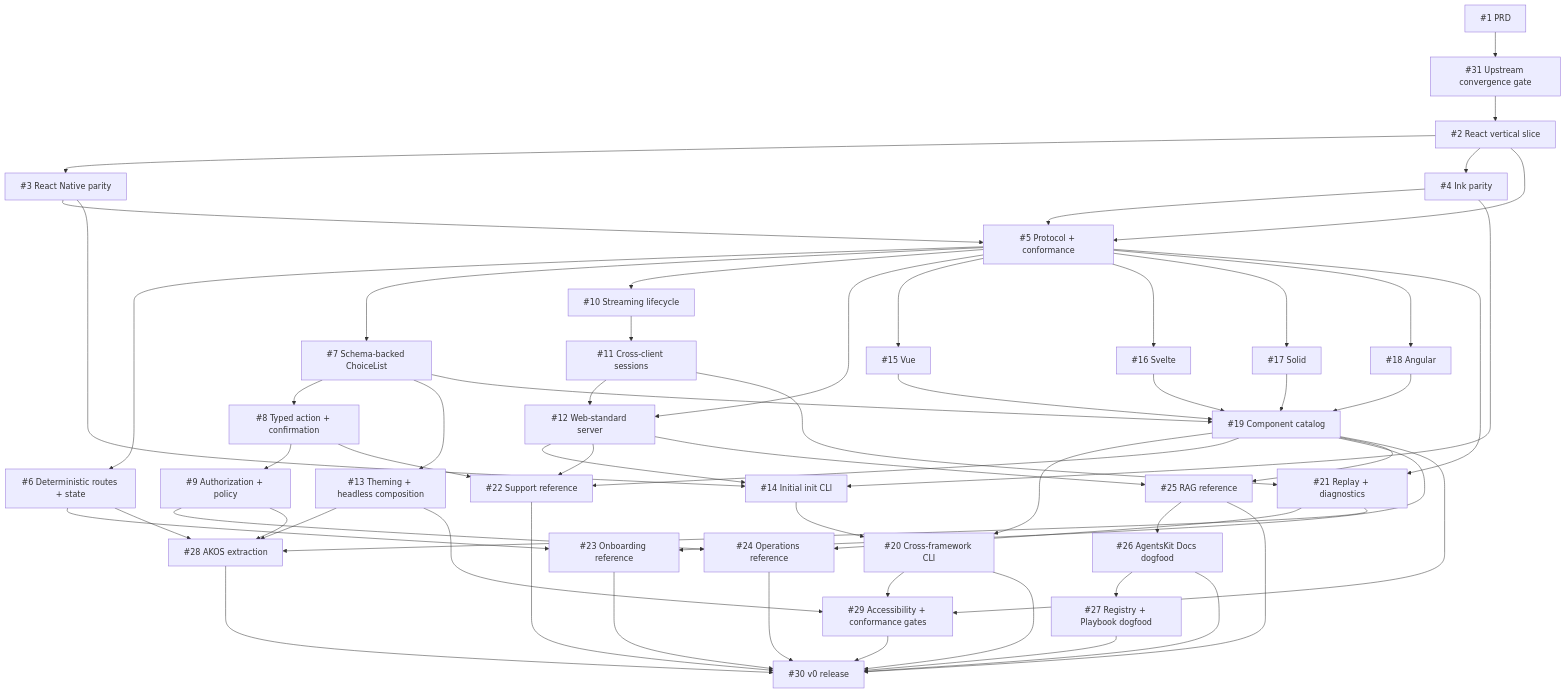
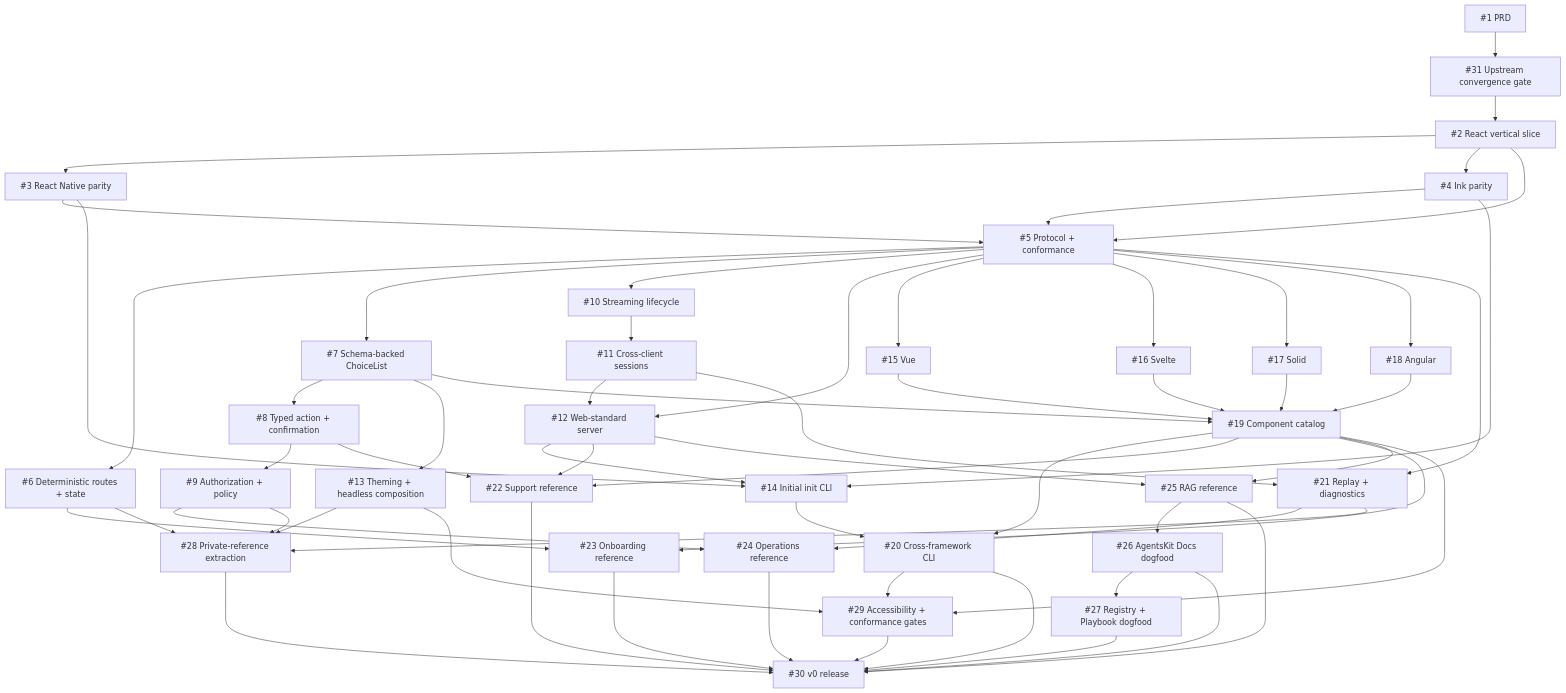
The diagram in docs/product/roadmap.md (AgentsKit-io/agentskit-chat), drawn with Mermaid before and after one commit. The commit also changed other lines of this file and 2 other files, not shown here.

Commit message:
docs: sanitize private-reference metadata (#28)

````diff
--- a/docs/product/roadmap.md
+++ b/docs/product/roadmap.md
@@ -11,69 +11,69 @@
 ```mermaid
 flowchart TD
   I1["#1 PRD"] --> I31["#31 Upstream convergence gate"]
   I31 --> I2["#2 React vertical slice"]
   I2 --> I3["#3 React Native parity"]
   I2 --> I4["#4 Ink parity"]
   I2 --> I5["#5 Protocol + conformance"]
   I3 --> I5
   I4 --> I5
 
   I5 --> I6["#6 Deterministic routes + state"]
   I5 --> I7["#7 Schema-backed ChoiceList"]
   I5 --> I10["#10 Streaming lifecycle"]
   I7 --> I8["#8 Typed action + confirmation"]
   I8 --> I9["#9 Authorization + policy"]
   I10 --> I11["#11 Cross-client sessions"]
   I5 --> I12["#12 Web-standard server"]
   I11 --> I12
   I7 --> I13["#13 Theming + headless composition"]
 
   I5 --> I15["#15 Vue"]
   I5 --> I16["#16 Svelte"]
   I5 --> I17["#17 Solid"]
   I5 --> I18["#18 Angular"]
   I7 --> I19["#19 Component catalog"]
   I15 --> I19
   I16 --> I19
   I17 --> I19
   I18 --> I19
 
   I3 --> I14["#14 Initial init CLI"]
   I4 --> I14
   I12 --> I14
   I14 --> I20["#20 Cross-framework CLI"]
   I19 --> I20
 
   I5 --> I21["#21 Replay + diagnostics"]
   I11 --> I21
   I8 --> I22["#22 Support reference"]
   I12 --> I22
   I19 --> I22
   I6 --> I23["#23 Onboarding reference"]
   I19 --> I23
   I9 --> I24["#24 Operations reference"]
   I21 --> I24
   I12 --> I25["#25 RAG reference"]
   I19 --> I25
 
   I25 --> I26["#26 AgentsKit Docs dogfood"]
   I26 --> I27["#27 Registry + Playbook dogfood"]
-  I6 --> I28["#28 AKOS extraction"]
+  I6 --> I28["#28 Private-reference extraction"]
   I9 --> I28
   I13 --> I28
   I21 --> I28
 
   I13 --> I29["#29 Accessibility + conformance gates"]
   I19 --> I29
   I20 --> I29
 
   I20 --> I30["#30 v0 release"]
   I22 --> I30
   I23 --> I30
   I24 --> I30
   I25 --> I30
   I26 --> I30
   I27 --> I30
   I28 --> I30
   I29 --> I30
 ```
````
